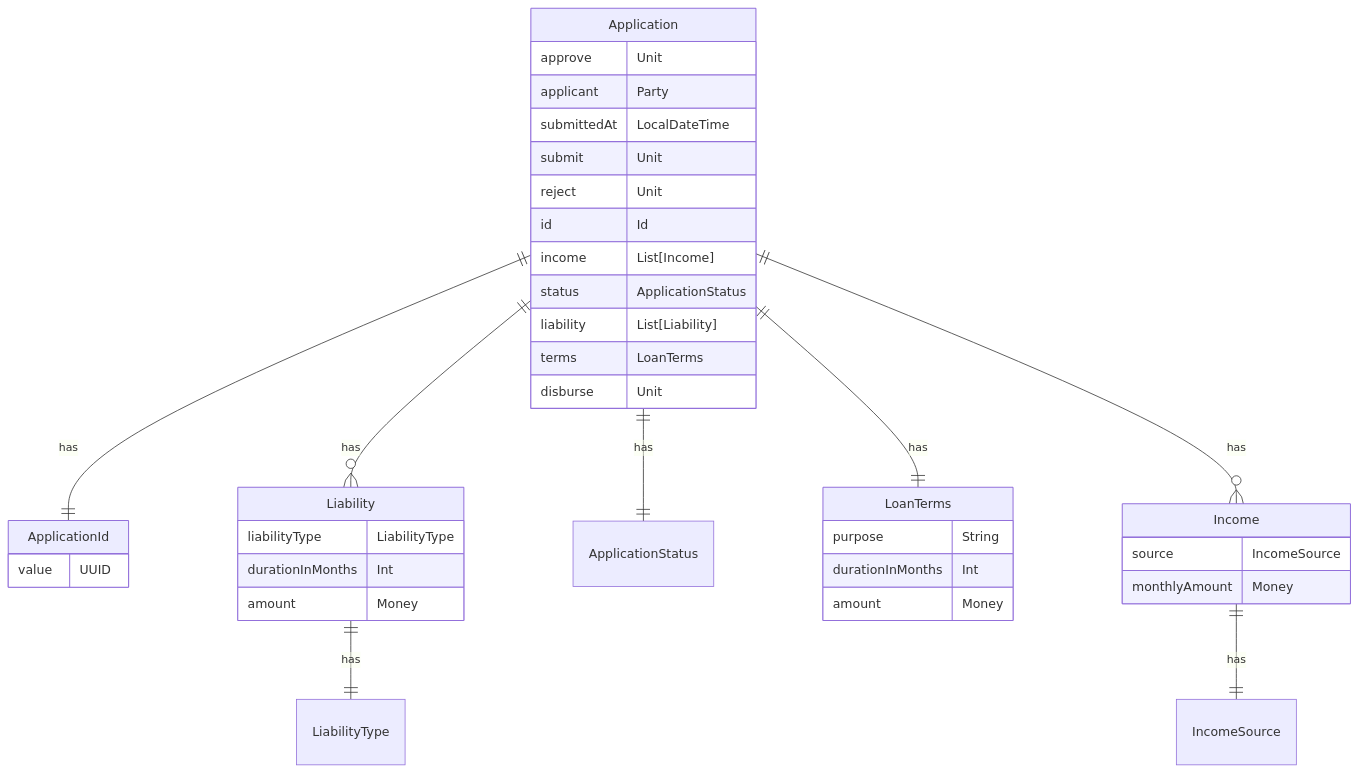
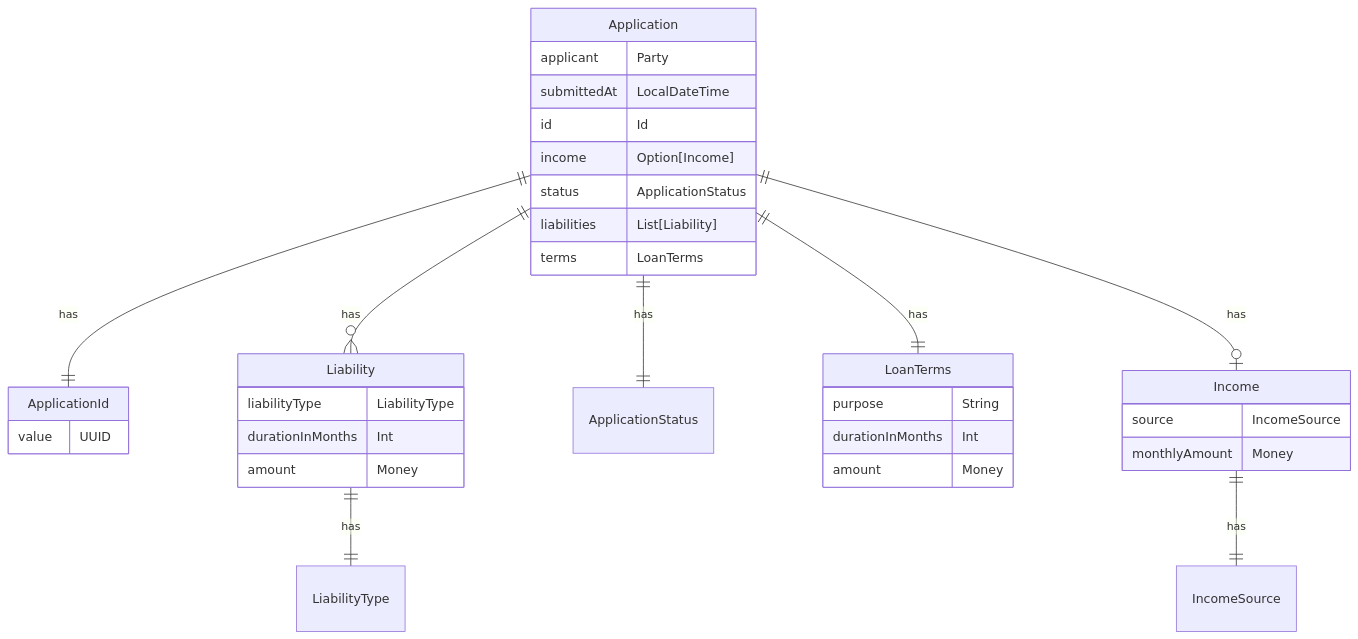
One commit to business4s/domainDocs4s changed the diagram in domainDocs4s-examples/src/test/resources/banking/diagram.md. Above: the diagram before and after it, drawn with Mermaid. The commit also changed 3 other files, not shown here.

````diff
--- a/domainDocs4s-examples/src/test/resources/banking/diagram.md
+++ b/domainDocs4s-examples/src/test/resources/banking/diagram.md
@@ -2,43 +2,39 @@
 ```mermaid
 erDiagram
 LiabilityType
 Application {
- approve Unit
  applicant Party
  submittedAt LocalDateTime
- submit Unit
- reject Unit
  id Id
- income List[Income]
+ income Option[Income]
  status ApplicationStatus
- liability List[Liability]
+ liabilities List[Liability]
  terms LoanTerms
- disburse Unit
 }
 Application ||--|| ApplicationId : has
 Application ||--o{ Liability : has
 Application ||--|| ApplicationStatus : has
 Application ||--|| LoanTerms : has
-Application ||--o{ Income : has
+Application ||--o| Income : has
 IncomeSource
 Liability {
  liabilityType LiabilityType
  durationInMonths Int
  amount Money
 }
 Liability ||--|| LiabilityType : has
 Income {
  source IncomeSource
  monthlyAmount Money
 }
 Income ||--|| IncomeSource : has
 ApplicationStatus
 ApplicationId {
  value UUID
 }
 LoanTerms {
  purpose String
  durationInMonths Int
  amount Money
 }
 ```
````
